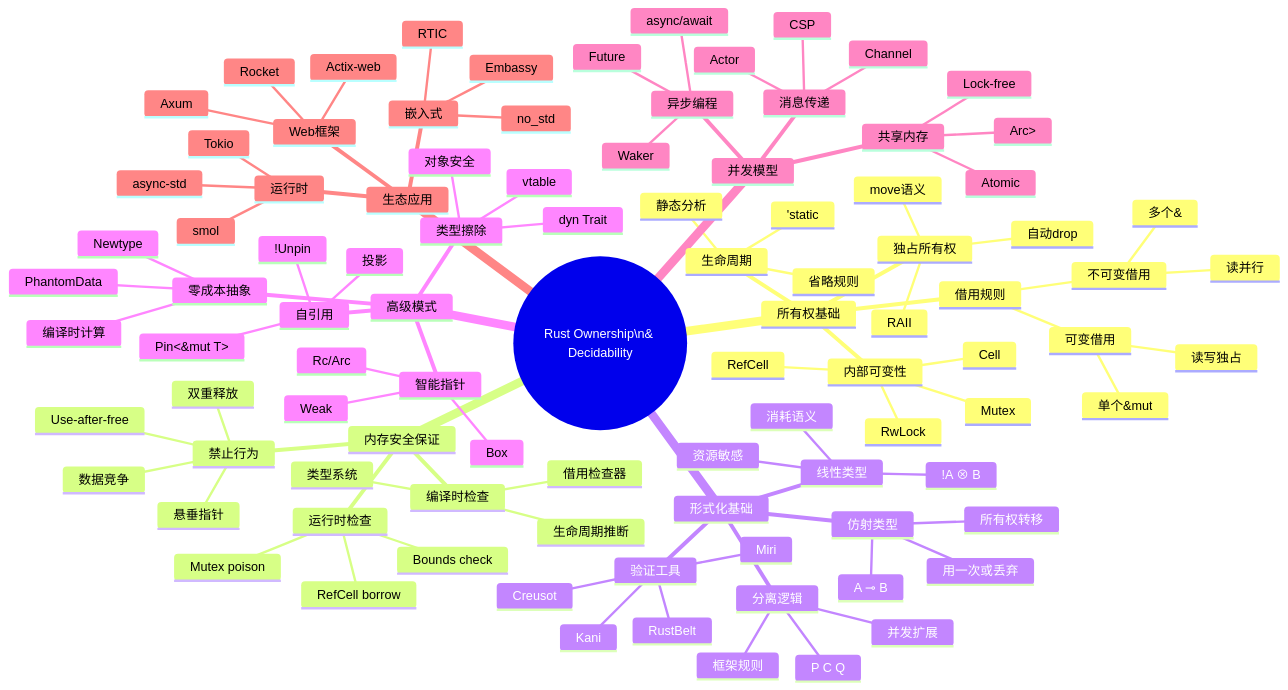
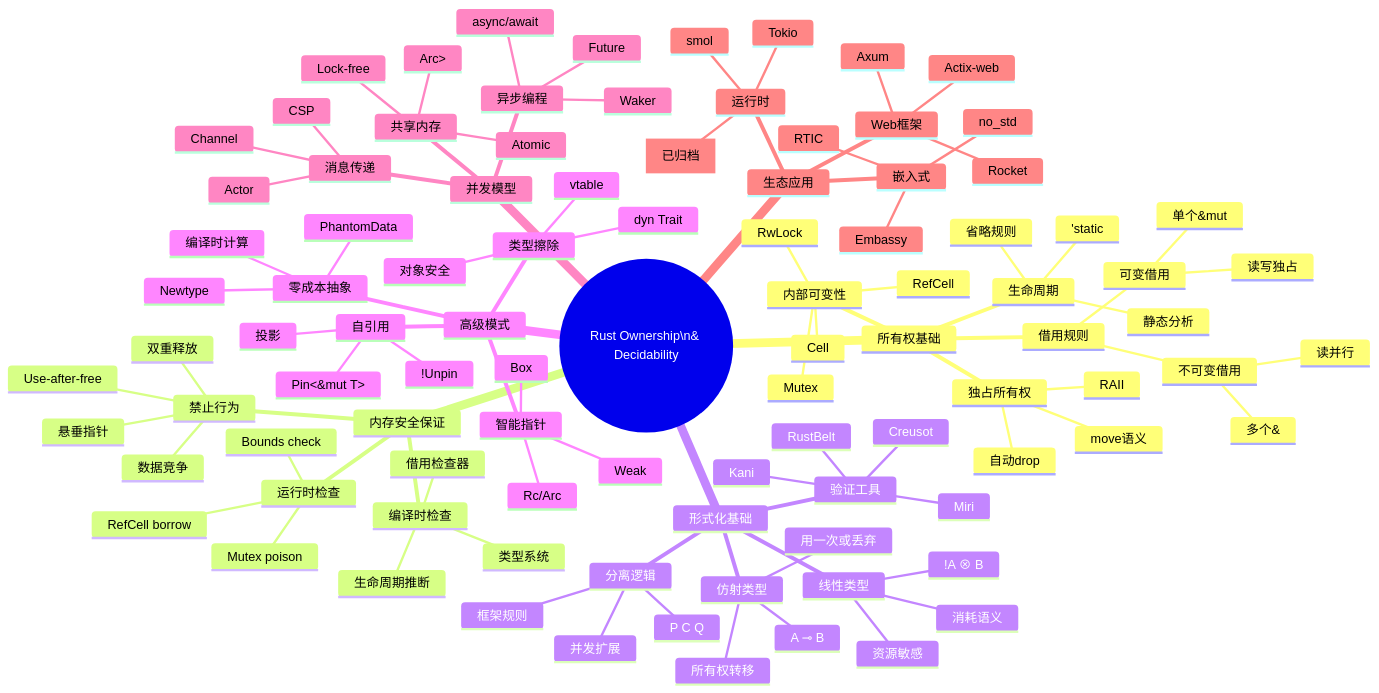
Before and after one commit to martin-ly/rust-lang: the diagram in docs/rust-ownership-decidability/comprehensive-analysis/mindmaps/ownership-system-mindmap.md, drawn with Mermaid. The commit also changed 1463 other files, not shown here.

````diff
--- a/docs/rust-ownership-decidability/comprehensive-analysis/mindmaps/ownership-system-mindmap.md
+++ b/docs/rust-ownership-decidability/comprehensive-analysis/mindmaps/ownership-system-mindmap.md
@@ -119,6 +119,6 @@
         Rocket
       运行时
         Tokio
-        async-std
+        async-std [已归档]
         smol
 ```
````
